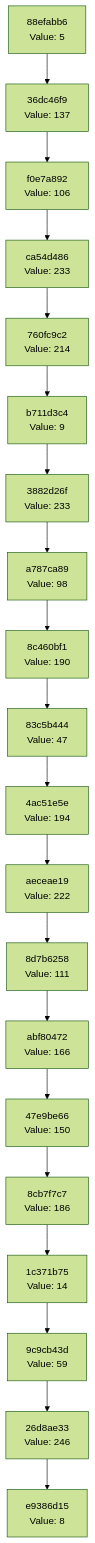
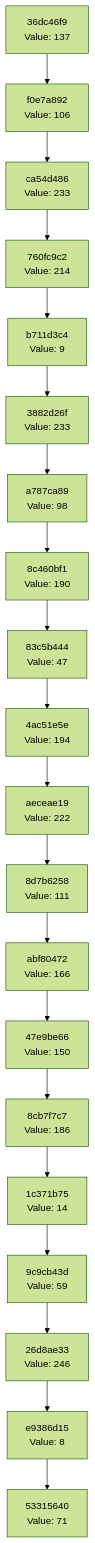
Before and after one commit to Abhisheksinha1506/hash-chain-evolver: the diagram in docs/CHAIN_VISUALIZATION.md, drawn with Mermaid (forest theme). The commit also changed 2 other files, not shown here.

Commit message:
Evolution step: hash 0x47 → action executed

````diff
--- a/docs/CHAIN_VISUALIZATION.md
+++ b/docs/CHAIN_VISUALIZATION.md
@@ -3,42 +3,42 @@
 ```mermaid
 graph TD
-    C0["e9386d15<br/>Value: 8"]
-    C1["26d8ae33<br/>Value: 246"]
+    C0["53315640<br/>Value: 71"]
+    C1["e9386d15<br/>Value: 8"]
     C1 --> C0
-    C2["9c9cb43d<br/>Value: 59"]
+    C2["26d8ae33<br/>Value: 246"]
     C2 --> C1
-    C3["1c371b75<br/>Value: 14"]
+    C3["9c9cb43d<br/>Value: 59"]
     C3 --> C2
-    C4["8cb7f7c7<br/>Value: 186"]
+    C4["1c371b75<br/>Value: 14"]
     C4 --> C3
-    C5["47e9be66<br/>Value: 150"]
+    C5["8cb7f7c7<br/>Value: 186"]
     C5 --> C4
-    C6["abf80472<br/>Value: 166"]
+    C6["47e9be66<br/>Value: 150"]
     C6 --> C5
-    C7["8d7b6258<br/>Value: 111"]
+    C7["abf80472<br/>Value: 166"]
     C7 --> C6
-    C8["aeceae19<br/>Value: 222"]
+    C8["8d7b6258<br/>Value: 111"]
     C8 --> C7
-    C9["4ac51e5e<br/>Value: 194"]
+    C9["aeceae19<br/>Value: 222"]
     C9 --> C8
-    C10["83c5b444<br/>Value: 47"]
+    C10["4ac51e5e<br/>Value: 194"]
     C10 --> C9
-    C11["8c460bf1<br/>Value: 190"]
+    C11["83c5b444<br/>Value: 47"]
     C11 --> C10
-    C12["a787ca89<br/>Value: 98"]
+    C12["8c460bf1<br/>Value: 190"]
     C12 --> C11
-    C13["3882d26f<br/>Value: 233"]
+    C13["a787ca89<br/>Value: 98"]
     C13 --> C12
-    C14["b711d3c4<br/>Value: 9"]
+    C14["3882d26f<br/>Value: 233"]
     C14 --> C13
-    C15["760fc9c2<br/>Value: 214"]
+    C15["b711d3c4<br/>Value: 9"]
     C15 --> C14
-    C16["ca54d486<br/>Value: 233"]
+    C16["760fc9c2<br/>Value: 214"]
     C16 --> C15
-    C17["f0e7a892<br/>Value: 106"]
+    C17["ca54d486<br/>Value: 233"]
     C17 --> C16
-    C18["36dc46f9<br/>Value: 137"]
+    C18["f0e7a892<br/>Value: 106"]
     C18 --> C17
-    C19["88efabb6<br/>Value: 5"]
+    C19["36dc46f9<br/>Value: 137"]
     C19 --> C18
 ```
````
